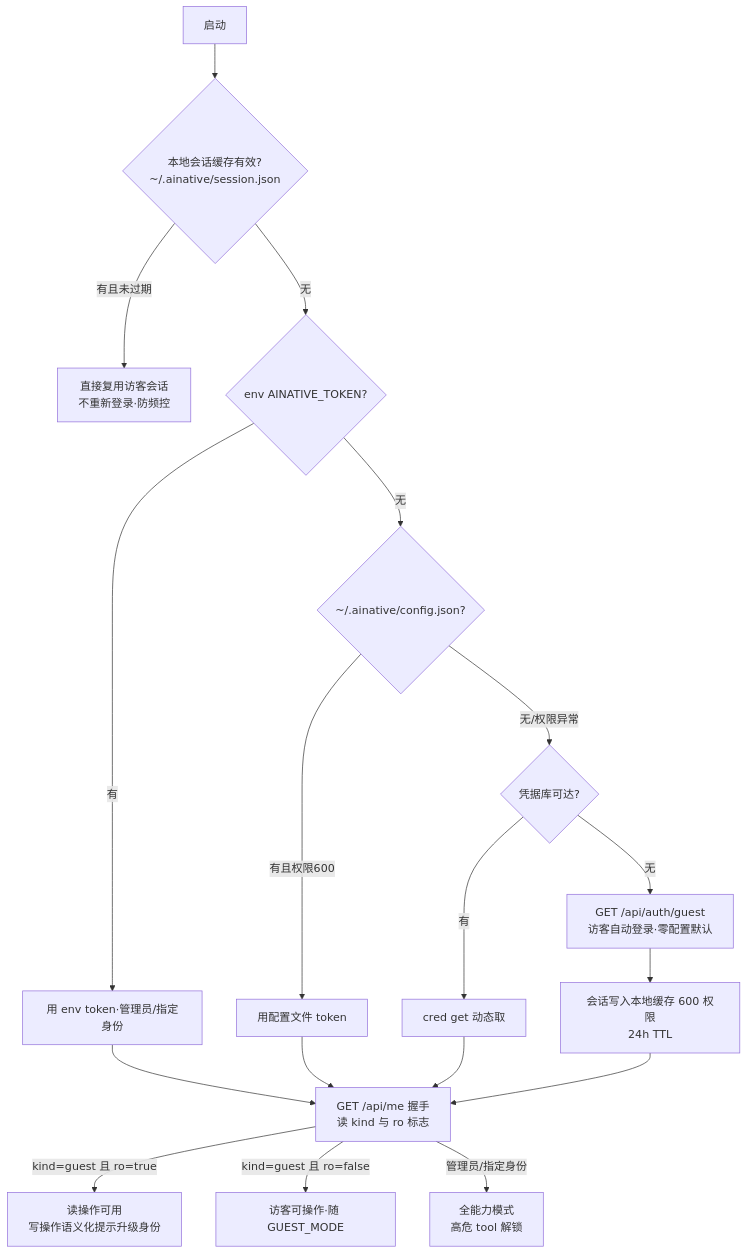
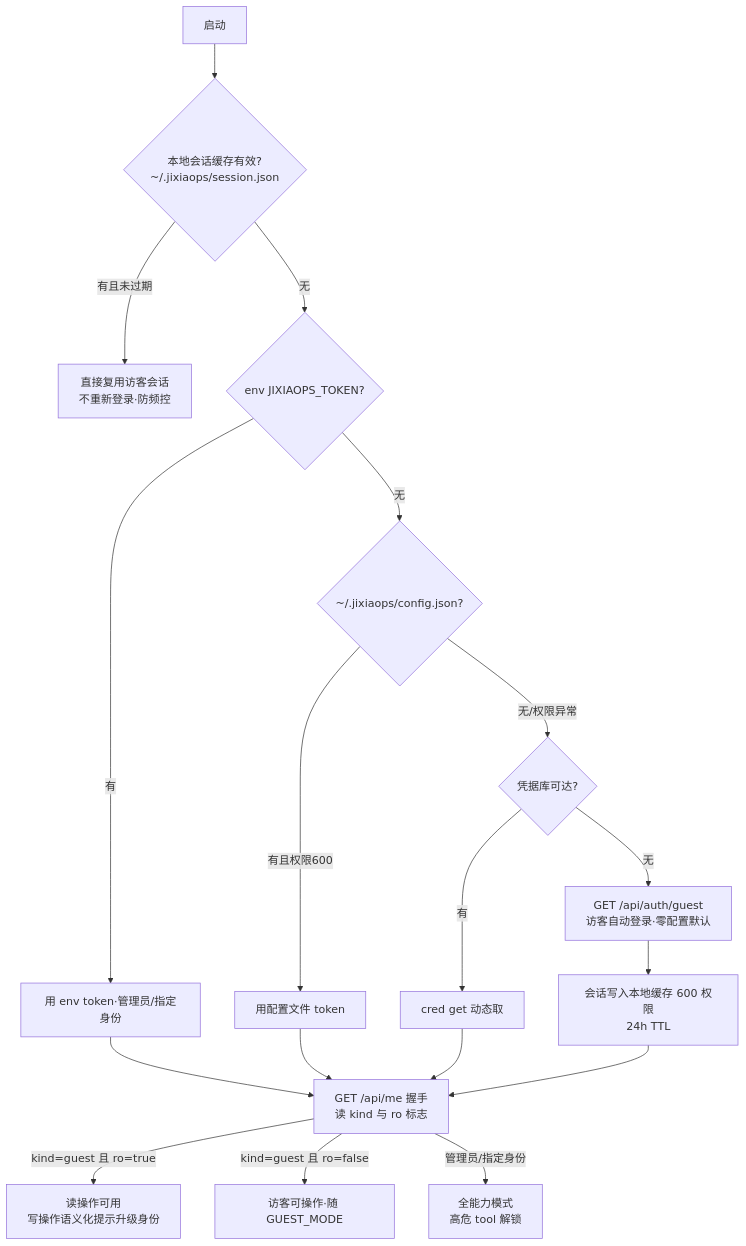
The seventh of 9 diagrams in docs/agent-plugin-architecture.md (huaweicloud-mate/jixiaops-cli), drawn with Mermaid before and after one commit. The commit also changed other lines of this file and 11 other files, not shown here.

First line of the commit message:
v0.5.0: 更名 ainative → jixiaops（包名/bin/配置目录/env，旧环境零迁移）

````diff
--- a/docs/agent-plugin-architecture.md
+++ b/docs/agent-plugin-architecture.md
@@ -304,17 +304,17 @@
 ```mermaid
 flowchart TD
-    S[启动] --> C{本地会话缓存有效?<br/>~/.ainative/session.json}
+    S[启动] --> C{本地会话缓存有效?<br/>~/.jixiaops/session.json}
     C -->|有且未过期| USE[直接复用访客会话<br/>不重新登录·防频控]
-    C -->|无| E1{env AINATIVE_TOKEN?}
+    C -->|无| E1{env JIXIAOPS_TOKEN?}
     E1 -->|有| OK1[用 env token·管理员/指定身份]
-    E1 -->|无| E2{~/.ainative/config.json?}
+    E1 -->|无| E2{~/.jixiaops/config.json?}
     E2 -->|有且权限600| OK2[用配置文件 token]
     E2 -->|无/权限异常| E3{凭据库可达?}
     E3 -->|有| OK3[cred get 动态取]
     E3 -->|无| G[GET /api/auth/guest<br/>访客自动登录·零配置默认]
     G --> CACHE[会话写入本地缓存 600 权限<br/>24h TTL]
     OK1 & OK2 & OK3 & CACHE --> V[GET /api/me 握手<br/>读 kind 与 ro 标志]
     V -->|kind=guest 且 ro=true| RO[读操作可用<br/>写操作语义化提示升级身份]
     V -->|kind=guest 且 ro=false| OPEN[访客可操作·随 GUEST_MODE]
     V -->|管理员/指定身份| FULL[全能力模式<br/>高危 tool 解锁]
 ```
````
